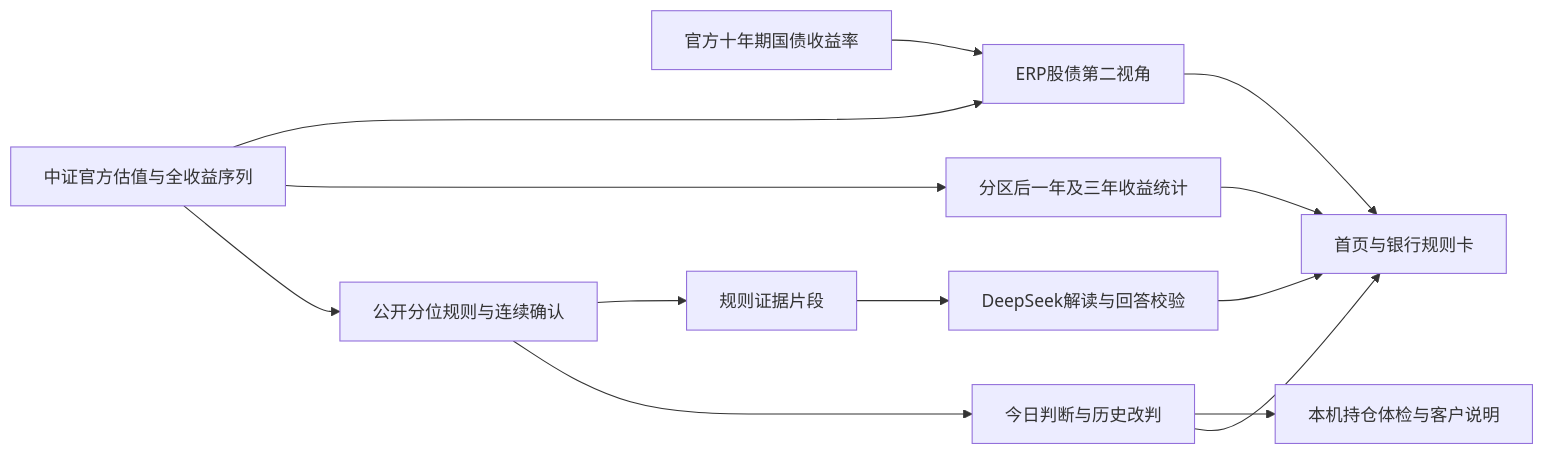
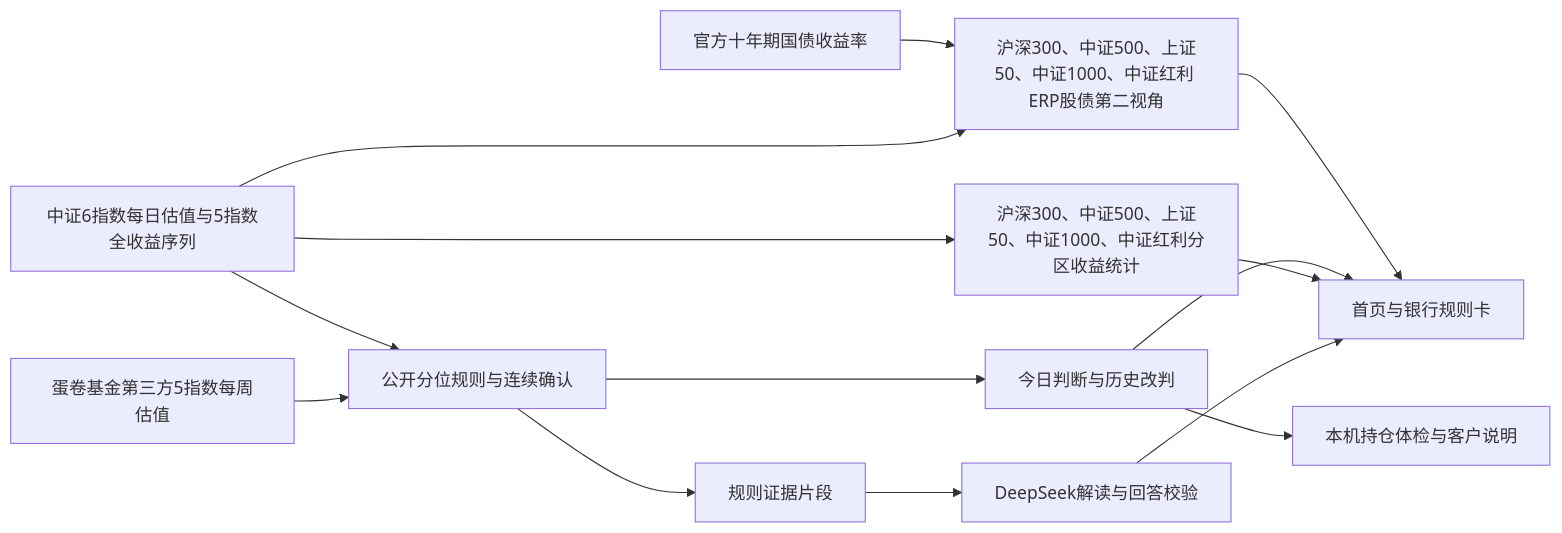
The diagram in docs/经纬_参赛方案完整候选稿.md (Strangelight-Merser/jingwei), drawn with Mermaid before and after one commit. The commit also changed other lines of this file and 6 other files, not shown here.

````diff
--- a/docs/经纬_参赛方案完整候选稿.md
+++ b/docs/经纬_参赛方案完整候选稿.md
@@ -95,15 +105,16 @@
 ```mermaid
 flowchart LR
-    A[中证官方估值与全收益序列] --> B[公开分位规则与连续确认]
+    A[中证6指数每日估值与5指数全收益序列] --> B[公开分位规则与连续确认]
+    K[蛋卷基金第三方5指数每周估值] --> B
     B --> C[今日判断与历史改判]
-    A --> D[分区后一年及三年收益统计]
-    I[官方十年期国债收益率] --> J[ERP股债第二视角]
+    A --> D[沪深300、中证500、上证50、中证1000、中证红利分区收益统计]
+    I[官方十年期国债收益率] --> J[沪深300、中证500、上证50、中证1000、中证红利 ERP股债第二视角]
     A --> J
     J --> G
     B --> E[规则证据片段]
     E --> F[DeepSeek解读与回答校验]
     C --> G[首页与银行规则卡]
     C --> H[本机持仓体检与客户说明]
     D --> G
     F --> G
 ```
````
